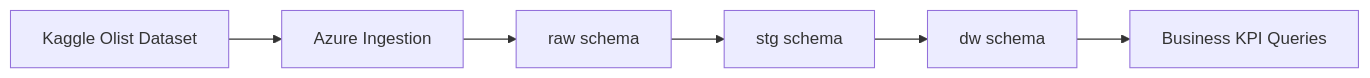
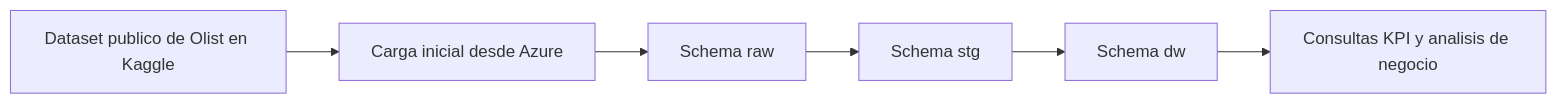
One commit to aaccasanic/Olist_Data_Warehouse_Project changed the diagram in README.md. Above: the diagram before and after it, drawn with Mermaid. The commit also changed other lines of this file, not shown here.

````diff
--- a/README.md
+++ b/README.md
@@ -22,8 +34,8 @@
 ```mermaid
 flowchart LR
-    A["Kaggle Olist Dataset"] --> B["Azure Ingestion"]
-    B --> C["raw schema"]
-    C --> D["stg schema"]
-    D --> E["dw schema"]
-    E --> F["Business KPI Queries"]
+    A["Dataset publico de Olist en Kaggle"] --> B["Carga inicial desde Azure"]
+    B --> C["Schema raw"]
+    C --> D["Schema stg"]
+    D --> E["Schema dw"]
+    E --> F["Consultas KPI y analisis de negocio"]
 ```
````
